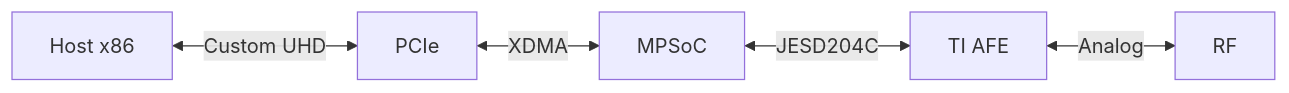
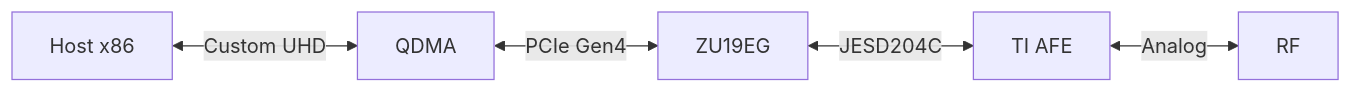
Diagram 19 of 19 in docs/sdr_board_project_plan.md (EttusResearch/uhd), drawn with Mermaid before and after one commit. The commit also changed other lines of this file, not shown here.

First line of the commit message:
docs: Update SDR board plan with QDMA, ZU19EG, and revised schedule

````diff
--- a/docs/sdr_board_project_plan.md
+++ b/docs/sdr_board_project_plan.md
@@ -763,13 +892,13 @@
 ```mermaid
 flowchart LR
     HOST["Host x86"]
-    PCIe["PCIe"]
-    MPSOC["MPSoC"]
+    QDMA["QDMA"]
+    MPSOC["ZU19EG"]
     AFE["TI AFE"]
     RF["RF"]
 
-    HOST <-->|"Custom UHD"| PCIe
-    PCIe <-->|"XDMA"| MPSOC
+    HOST <-->|"Custom UHD"| QDMA
+    QDMA <-->|"PCIe Gen4"| MPSOC
     MPSOC <-->|"JESD204C"| AFE
     AFE <-->|"Analog"| RF
 ```
````
